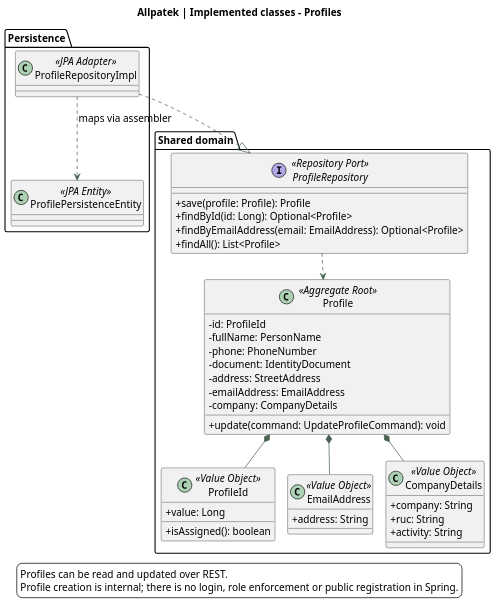
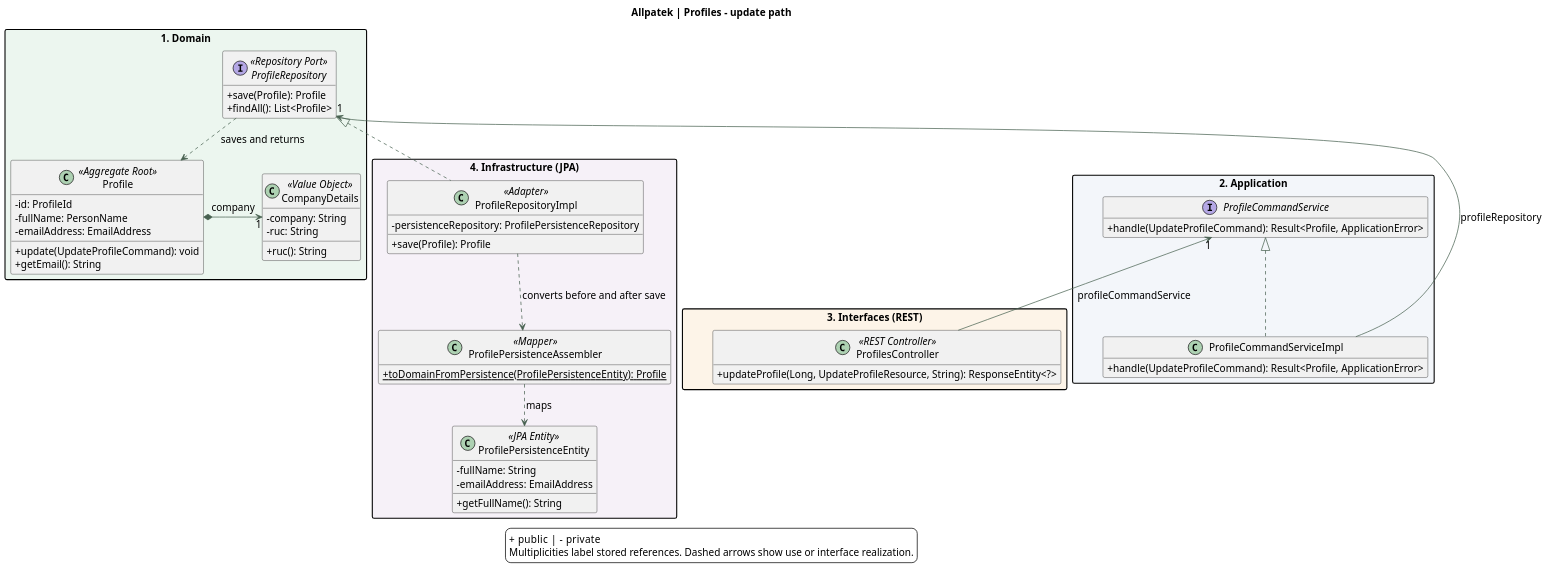
The diagram in assets/chapter-04/architecture/08-classes-users.puml (upc-pre-202620-1asi0729-7753-Terranova/allpatek-report), drawn with PlantUML before and after one commit. The commit also changed 6 other files, not shown here.

Commit message:
docs(uml): trace profiles classes across the API and webapp

```diff
--- a/assets/chapter-04/architecture/08-classes-users.puml
+++ b/assets/chapter-04/architecture/08-classes-users.puml
@@ -1,65 +1,75 @@
 @startuml
 !pragma layout smetana
 skinparam backgroundColor white
 skinparam defaultFontName SansSerif
 skinparam defaultFontSize 14
 skinparam shadowing false
 skinparam classAttributeIconSize 0
 skinparam ArrowColor #476050
+skinparam packageStyle rectangle
 skinparam dpi 140
-title Allpatek | Implemented classes - Profiles
+hide empty members
 top to bottom direction
+title Allpatek | Profiles - update path
 
-package "Shared domain" {
+package "1. Domain" as Domain #ECF6EF {
   class Profile <<Aggregate Root>> {
     -id: ProfileId
     -fullName: PersonName
-    -phone: PhoneNumber
-    -document: IdentityDocument
-    -address: StreetAddress
     -emailAddress: EmailAddress
-    -company: CompanyDetails
-    +update(command: UpdateProfileCommand): void
+    +update(UpdateProfileCommand): void
+    +getEmail(): String
   }
-
-  class ProfileId <<Value Object>> {
-    +value: Long
-    +isAssigned(): boolean
+  class CompanyDetails <<Value Object>> {
+    -company: String
+    -ruc: String
+    +ruc(): String
   }
-
-  class EmailAddress <<Value Object>> {
-    +address: String
-  }
-
-  class CompanyDetails <<Value Object>> {
-    +company: String
-    +ruc: String
-    +activity: String
-  }
-
   interface ProfileRepository <<Repository Port>> {
-    +save(profile: Profile): Profile
-    +findById(id: Long): Optional<Profile>
-    +findByEmailAddress(email: EmailAddress): Optional<Profile>
+    +save(Profile): Profile
     +findAll(): List<Profile>
   }
-
-  Profile *-- ProfileId
-  Profile *-- EmailAddress
-  Profile *-- CompanyDetails
-  ProfileRepository ..> Profile
+  Profile *-right-> "1" CompanyDetails : company
+  ProfileRepository ..> Profile : saves and returns
 }
-
-package "Persistence" {
-  class ProfileRepositoryImpl <<JPA Adapter>>
-  class ProfilePersistenceEntity <<JPA Entity>>
-
-  ProfileRepositoryImpl ..> ProfilePersistenceEntity : maps via assembler
+package "2. Application" as Application #F3F6FA {
+  interface ProfileCommandService {
+    +handle(UpdateProfileCommand): Result<Profile, ApplicationError>
+  }
+  class ProfileCommandServiceImpl {
+    +handle(UpdateProfileCommand): Result<Profile, ApplicationError>
+  }
+  ProfileCommandService <|.. ProfileCommandServiceImpl
 }
-ProfileRepositoryImpl ..|> ProfileRepository
+package "3. Interfaces (REST)" as Interfaces #FDF4E8 {
+  class ProfilesController <<REST Controller>> {
+    +updateProfile(Long, UpdateProfileResource, String): ResponseEntity<?>
+  }
+}
+package "4. Infrastructure (JPA)" as Infrastructure #F6F1F8 {
+  class ProfileRepositoryImpl <<Adapter>> {
+    -persistenceRepository: ProfilePersistenceRepository
+    +save(Profile): Profile
+  }
+  class ProfilePersistenceAssembler <<Mapper>> {
+    {static} +toDomainFromPersistence(ProfilePersistenceEntity): Profile
+  }
+  class ProfilePersistenceEntity <<JPA Entity>> {
+    -fullName: String
+    -emailAddress: EmailAddress
+    +getFullName(): String
+  }
+  ProfileRepositoryImpl ..> ProfilePersistenceAssembler : converts before and after save
+  ProfilePersistenceAssembler ..> ProfilePersistenceEntity : maps
+}
+ProfileRepository "1" <-- ProfileCommandServiceImpl : profileRepository
+ProfileRepository <|.. ProfileRepositoryImpl
+ProfileCommandService "1" <-- ProfilesController : profileCommandService
+Domain -[hidden]down-> Application
+Application -[hidden]down-> Interfaces
 
 legend bottom
-Profiles can be read and updated over REST.
-Profile creation is internal; there is no login, role enforcement or public registration in Spring.
++ public  |  - private
+Multiplicities label stored references. Dashed arrows show use or interface realization.
 endlegend
 @enduml
```
